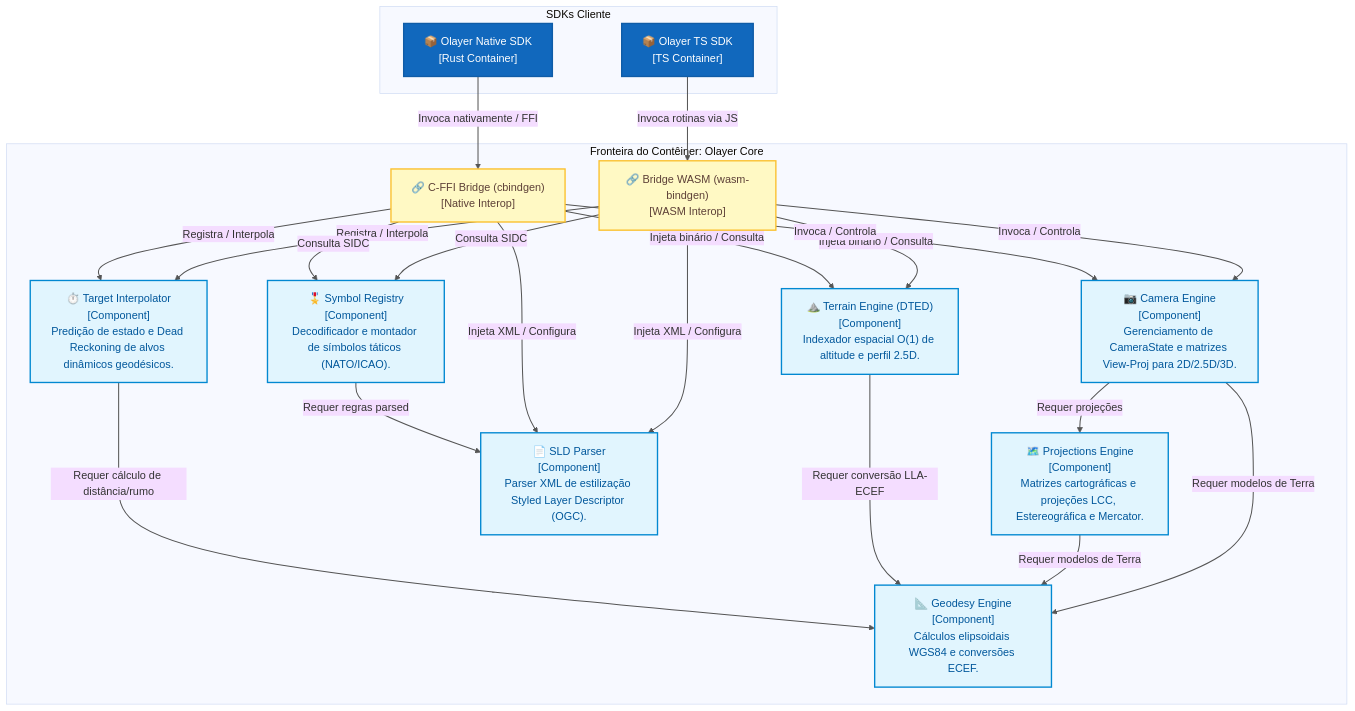
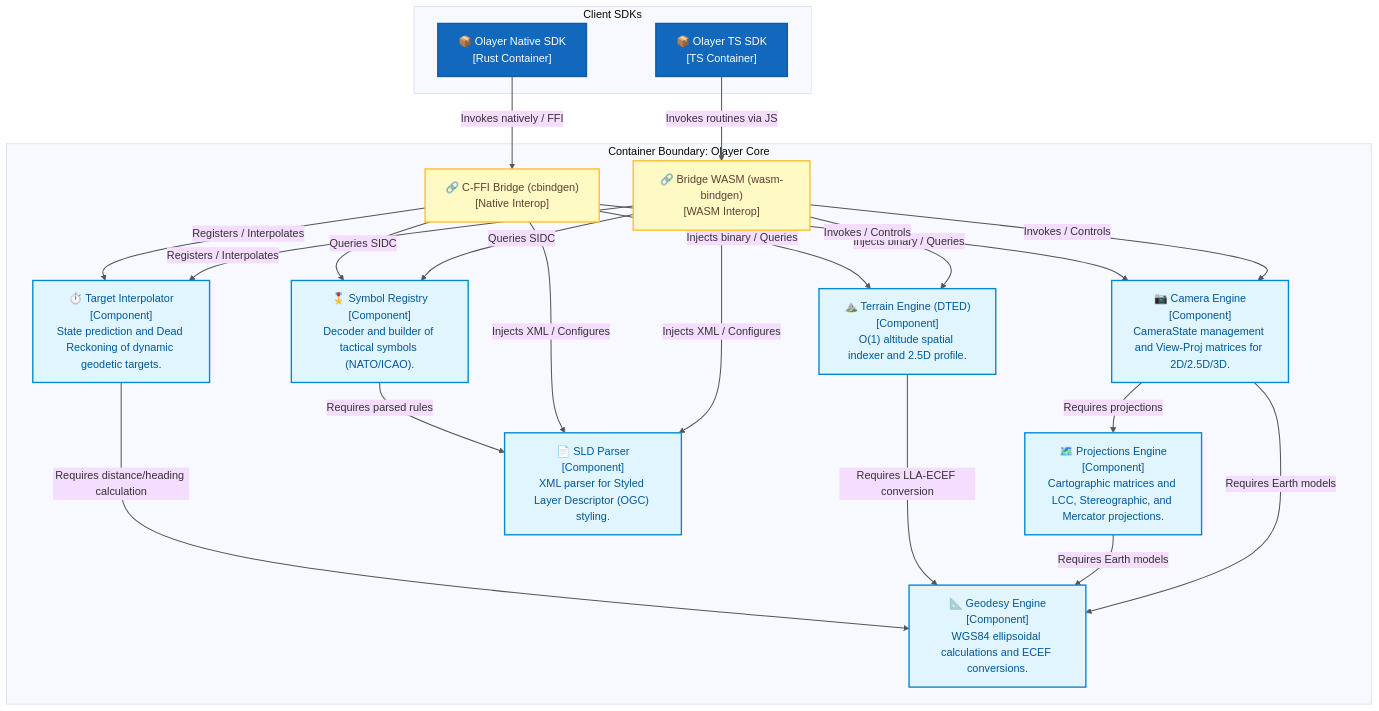
The first of 3 diagrams in docs/core/components.md (rodoni/olayer), drawn with Mermaid (base theme) before and after one commit. The commit also changed other lines of this file and 29 other files, not shown here.

Commit message:
fix docs language and sdk/native

````diff
--- a/docs/core/components.md
+++ b/docs/core/components.md
@@ -12,58 +12,58 @@
 ```mermaid
 graph TB
-    %% Estilos de nós do C4
+    %% C4 node styles
     classDef external fill:#999999,stroke:#888888,color:#ffffff,stroke-width:2px;
     classDef container fill:#1168BD,stroke:#0f5ca7,color:#ffffff,stroke-width:2px;
     classDef component fill:#438DD5,stroke:#3b7cbd,color:#ffffff,stroke-width:2px;
     classDef bridge fill:#FFF9C4,stroke:#FBC02D,color:#5D4037,stroke-width:2px;
     classDef core fill:#E1F5FE,stroke:#0288D1,color:#01579B,stroke-width:2px;
 
-    %% Elementos Externos/Outros Contêineres
-    subgraph SDK_Layers ["SDKs Cliente"]
+    %% External Elements/Other Containers
+    subgraph SDK_Layers ["Client SDKs"]
         ts_sdk["📦 Olayer TS SDK<br>[TS Container]"]:::container
         native_sdk["📦 Olayer Native SDK<br>[Rust Container]"]:::container
     end
 
-    subgraph Olayer_Core_Container ["Fronteira do Contêiner: Olayer Core"]
-        %% Interoperabilidade
+    subgraph Olayer_Core_Container ["Container Boundary: Olayer Core"]
+        %% Interoperability
         wasm_bridge["🔗 Bridge WASM (wasm-bindgen)<br>[WASM Interop]"]:::bridge
         ffi_bridge["🔗 C-FFI Bridge (cbindgen)<br>[Native Interop]"]:::bridge
 
-        %% Componentes Internos
-        geodesy["📐 Geodesy Engine<br>[Component]<br>Cálculos elipsoidais WGS84 e conversões ECEF."]:::core
-        camera["📷 Camera Engine<br>[Component]<br>Gerenciamento de CameraState e matrizes View-Proj para 2D/2.5D/3D."]:::core
-        projections["🗺️ Projections Engine<br>[Component]<br>Matrizes cartográficas e projeções LCC, Estereográfica e Mercator."]:::core
-        terrain["⛰️ Terrain Engine (DTED)<br>[Component]<br>Indexador espacial O(1) de altitude e perfil 2.5D."]:::core
-        sld_parser["📄 SLD Parser<br>[Component]<br>Parser XML de estilização Styled Layer Descriptor (OGC)."]:::core
-        symbol_registry["🎖️ Symbol Registry<br>[Component]<br>Decodificador e montador de símbolos táticos (NATO/ICAO)."]:::core
-        interpolator["⏱️ Target Interpolator<br>[Component]<br>Predição de estado e Dead Reckoning de alvos dinâmicos geodésicos."]:::core
+        %% Internal Components
+        geodesy["📐 Geodesy Engine<br>[Component]<br>WGS84 ellipsoidal calculations and ECEF conversions."]:::core
+        camera["📷 Camera Engine<br>[Component]<br>CameraState management and View-Proj matrices for 2D/2.5D/3D."]:::core
+        projections["🗺️ Projections Engine<br>[Component]<br>Cartographic matrices and LCC, Stereographic, and Mercator projections."]:::core
+        terrain["⛰️ Terrain Engine (DTED)<br>[Component]<br>O(1) altitude spatial indexer and 2.5D profile."]:::core
+        sld_parser["📄 SLD Parser<br>[Component]<br>XML parser for Styled Layer Descriptor (OGC) styling."]:::core
+        symbol_registry["🎖️ Symbol Registry<br>[Component]<br>Decoder and builder of tactical symbols (NATO/ICAO)."]:::core
+        interpolator["⏱️ Target Interpolator<br>[Component]<br>State prediction and Dead Reckoning of dynamic geodetic targets."]:::core
     end
 
-    %% Relacionamentos de Entrada
-    ts_sdk -->|Invoca rotinas via JS| wasm_bridge
-    native_sdk -->|Invoca nativamente / FFI| ffi_bridge
+    %% Input Relationships
+    ts_sdk -->|Invokes routines via JS| wasm_bridge
+    native_sdk -->|Invokes natively / FFI| ffi_bridge
 
-    %% Conexões da Bridge WASM
-    wasm_bridge -->|Invoca / Controla| camera
-    wasm_bridge -->|Injeta binário / Consulta| terrain
-    wasm_bridge -->|Injeta XML / Configura| sld_parser
-    wasm_bridge -->|Consulta SIDC| symbol_registry
-    wasm_bridge -->|Registra / Interpola| interpolator
+    %% WASM Bridge Connections
+    wasm_bridge -->|Invokes / Controls| camera
+    wasm_bridge -->|Injects binary / Queries| terrain
+    wasm_bridge -->|Injects XML / Configures| sld_parser
+    wasm_bridge -->|Queries SIDC| symbol_registry
+    wasm_bridge -->|Registers / Interpolates| interpolator
 
-    %% Conexões da Bridge FFI
-    ffi_bridge -->|Invoca / Controla| camera
-    ffi_bridge -->|Injeta binário / Consulta| terrain
-    ffi_bridge -->|Injeta XML / Configura| sld_parser
-    ffi_bridge -->|Consulta SIDC| symbol_registry
-    ffi_bridge -->|Registra / Interpola| interpolator
+    %% FFI Bridge Connections
+    ffi_bridge -->|Invokes / Controls| camera
+    ffi_bridge -->|Injects binary / Queries| terrain
+    ffi_bridge -->|Injects XML / Configures| sld_parser
+    ffi_bridge -->|Queries SIDC| symbol_registry
+    ffi_bridge -->|Registers / Interpolates| interpolator
 
-    %% Dependências Internas do Core
-    camera -->|Requer projeções| projections
-    camera -->|Requer modelos de Terra| geodesy
-    projections -->|Requer modelos de Terra| geodesy
-    terrain -->|Requer conversão LLA-ECEF| geodesy
-    interpolator -->|Requer cálculo de distância/rumo| geodesy
-    symbol_registry -->|Requer regras parsed| sld_parser
+    %% Internal Core Dependencies
+    camera -->|Requires projections| projections
+    camera -->|Requires Earth models| geodesy
+    projections -->|Requires Earth models| geodesy
+    terrain -->|Requires LLA-ECEF conversion| geodesy
+    interpolator -->|Requires distance/heading calculation| geodesy
+    symbol_registry -->|Requires parsed rules| sld_parser
 
     linkStyle 0,1,2,3,4,5,6,7,8,9,10,11,12,13,14,15,16,17 stroke:#555,stroke-width:1.5px;
 ```
````
